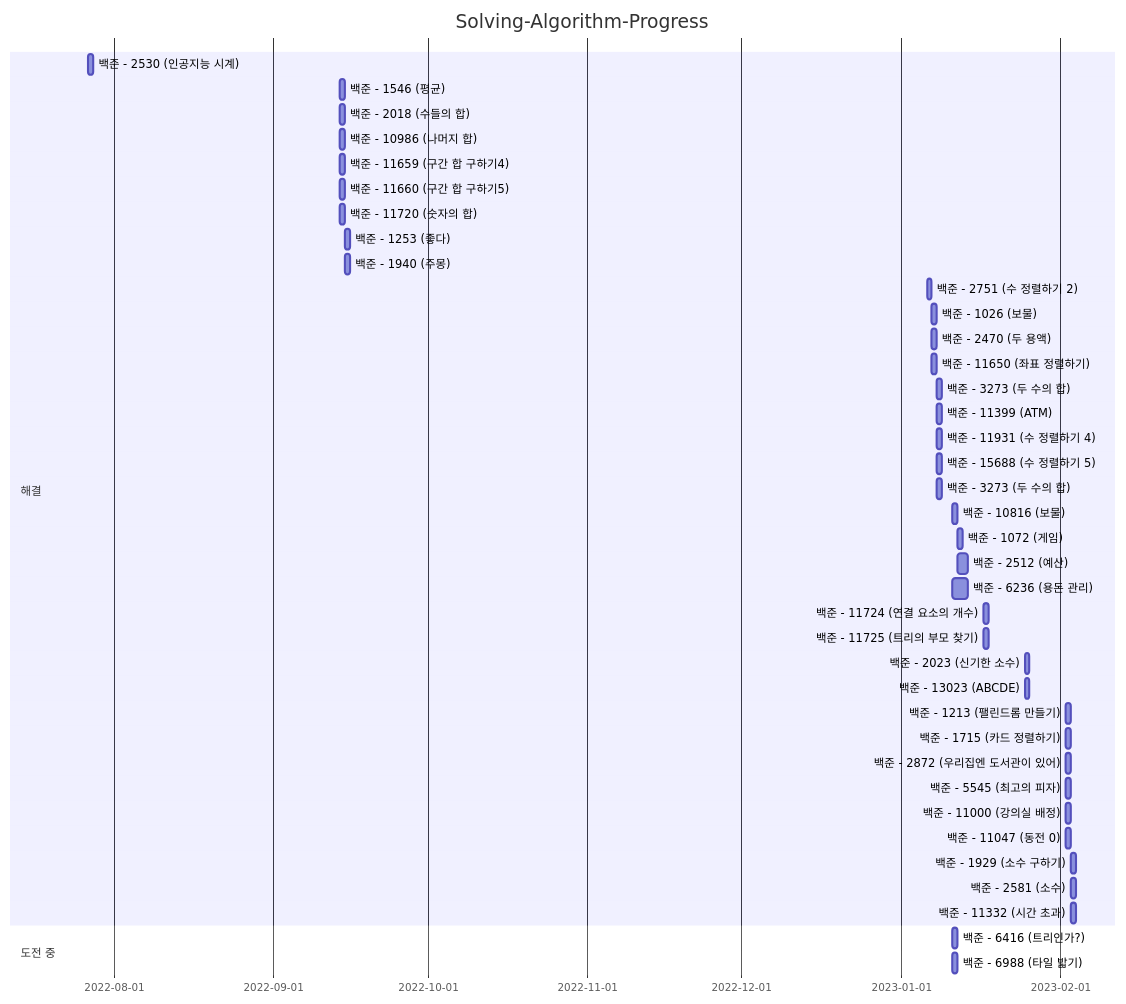
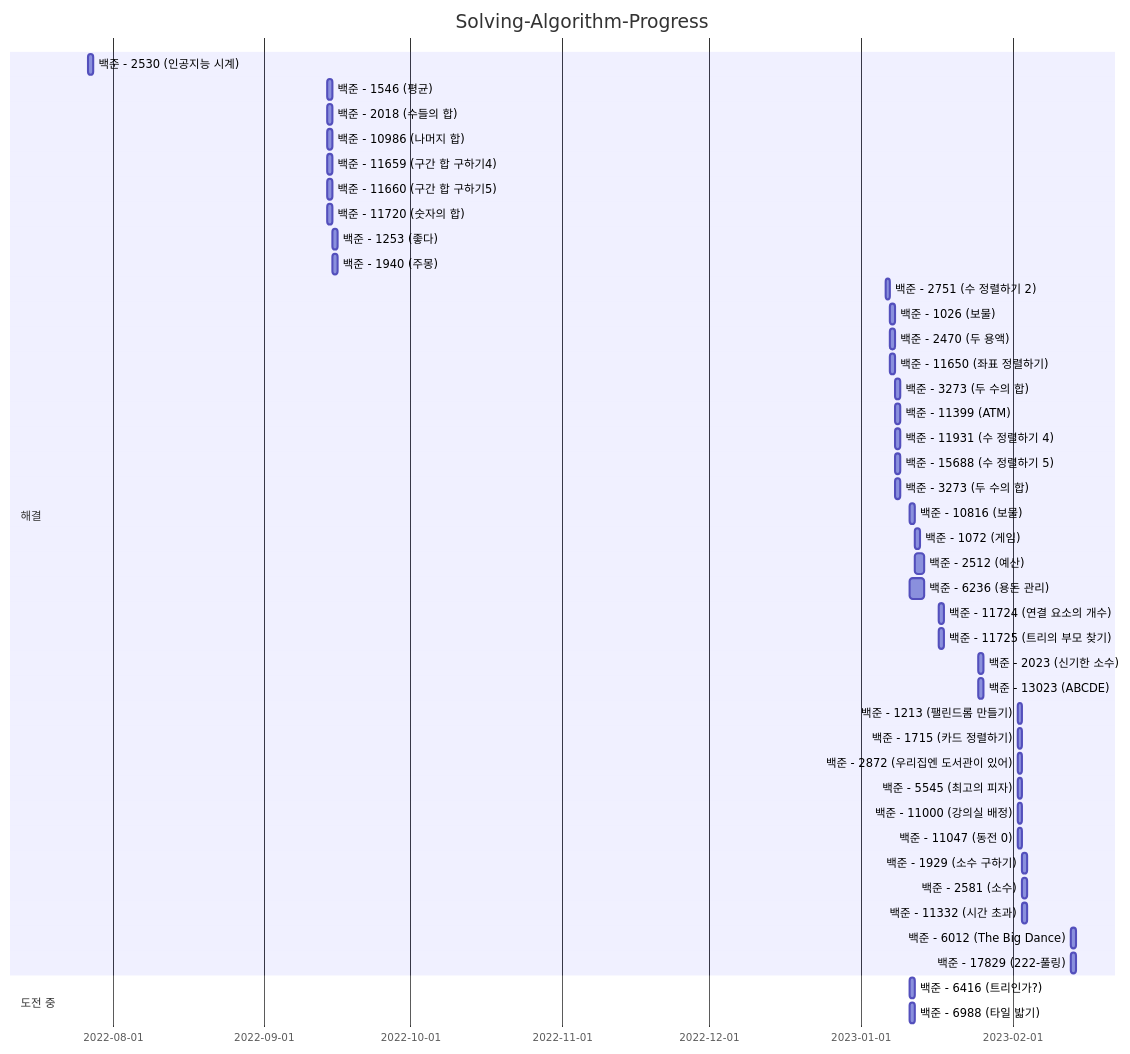
The diagram in README.md (darkblose/BaekjunJava), drawn with Mermaid before and after one commit. The commit also changed other lines of this file, not shown here.

Commit message:
update : README

````diff
--- a/README.md
+++ b/README.md
@@ -50,46 +52,48 @@
 ```mermaid
 gantt
 dateFormat YYYY-MM-DD
 title Solving-Algorithm-Progress
 
     section 해결
     백준 - 2530 (인공지능 시계)       : chap1, 2022-07-27, 1d
     백준 - 1546 (평균)              : chap1, 2022-09-14, 1d
     백준 - 2018 (수들의 합)          : chap1, 2022-09-14, 1d
     백준 - 10986 (나머지 합)         : chap1, 2022-09-14, 1d
     백준 - 11659 (구간 합 구하기4)     : chap1, 2022-09-14, 1d
     백준 - 11660 (구간 합 구하기5)     : chap1, 2022-09-14, 1d
     백준 - 11720 (숫자의 합)         : chap1, 2022-09-14, 1d
     백준 - 1253 (좋다)              : chap1, 2022-09-15, 1d
     백준 - 1940 (주몽)              : chap1, 2022-09-15, 1d
     백준 - 2751 (수 정렬하기 2)       : chap2, 2023-01-06, 1d
     백준 - 1026 (보물)              : chap2, 2023-01-07, 1d
     백준 - 2470 (두 용액)            : chap2, 2023-01-07, 1d
     백준 - 11650 (좌표 정렬하기)       : chap2, 2023-01-07, 1d
     백준 - 3273 (두 수의 합)         : chap2, 2023-01-08, 1d
     백준 - 11399 (ATM)             : chap2, 2023-01-08, 1d
     백준 - 11931 (수 정렬하기 4)      : chap2, 2023-01-08, 1d
     백준 - 15688 (수 정렬하기 5)      : chap2, 2023-01-08, 1d
     백준 - 3273 (두 수의 합)         : chap2, 2023-01-08, 1d
     백준 - 10816 (보물)             : chap2, 2023-01-11, 1d
     백준 - 1072 (게임)              : chap3, 2023-01-12, 1d
     백준 - 2512 (예산)              : chap3, 2023-01-12, 2d
     백준 - 6236 (용돈 관리)          : chap3, 2023-01-11, 3d
     백준 - 11724 (연결 요소의 개수)    : chap4, 2023-01-17, 1d
     백준 - 11725 (트리의 부모 찾기)    : chap4, 2023-01-17, 1d
     백준 - 2023 (신기한 소수)         : chap5, 2023-01-25, 1d
     백준 - 13023 (ABCDE)           : chap5, 2023-01-25, 1d
     백준 - 1213 (팰린드롬 만들기)       : chap6, 2023-02-02, 1d
     백준 - 1715 (카드 정렬하기)        : chap6, 2023-02-02, 1d
     백준 - 2872 (우리집엔 도서관이 있어) : chap6, 2023-02-02, 1d
     백준 - 5545 (최고의 피자)         : chap6, 2023-02-02, 1d
     백준 - 11000 (강의실 배정)        : chap6, 2023-02-02, 1d
     백준 - 11047 (동전 0)           : chap6, 2023-02-02, 1d
     백준 - 1929 (소수 구하기)         : chap6, 2023-02-03, 1d
     백준 - 2581 (소수)              : chap6, 2023-02-03, 1d
     백준 - 11332 (시간 초과)         : chap6, 2023-02-03, 1d
+    백준 - 6012 (The Big Dance)   : chap7, 2023-02-13, 1d
+    백준 - 17829 (222-풀링)        : chap7, 2023-02-13, 1d
     
     section 도전 중
     백준 - 6416 (트리인가?)    : challenging, 2023-01-11, 1d
     백준 - 6988 (타일 밟기)    : challenging, 2023-01-11, 1d
 ```
````
